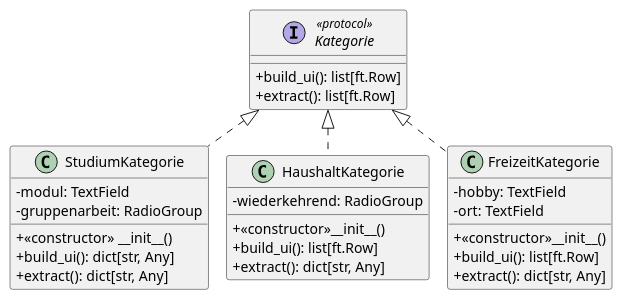
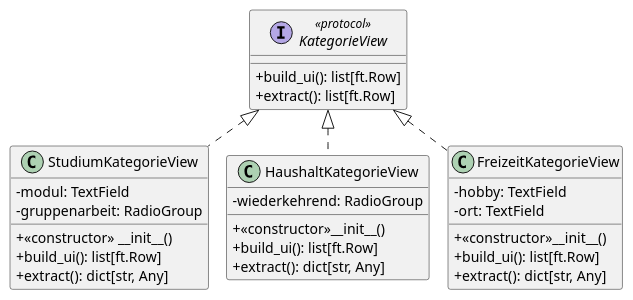
Before and after one commit to f0xon/Softwareprojekt-Studyplaner: the diagram in Software_Todo_umstrukturiert/view/polymorphie_kategorien.puml, drawn with PlantUML. The commit also changed 5 other files, not shown here.

```diff
--- a/Software_Todo_umstrukturiert/view/polymorphie_kategorien.puml
+++ b/Software_Todo_umstrukturiert/view/polymorphie_kategorien.puml
@@ -1,44 +1,42 @@
 @startuml
 !pragma layout smetana
 skinparam classAttributeIconSize 0
 
-interface Kategorie <<protocol>>{
+interface KategorieView <<protocol>>{
     +build_ui(): list[ft.Row]
     +extract(): list[ft.Row]
 }
 
-class StudiumKategorie
-class HaushaltKategorie
-class FreizeitKategorie
 
-Kategorie <|.. StudiumKategorie
-Kategorie <|.. HaushaltKategorie
-Kategorie <|.. FreizeitKategorie
-
-class StudiumKategorie {
+class StudiumKategorieView {
     -modul: TextField
     -gruppenarbeit: RadioGroup
 
     +<<constructor>> __init__()
-    +build_ui(): dict[str, Any]
+    +build_ui(): list[ft.Row]
     +extract(): dict[str, Any]
 }
 
-class HaushaltKategorie {
+class HaushaltKategorieView {
     -wiederkehrend: RadioGroup
 
     +<<constructor>>__init__()
     +build_ui(): list[ft.Row]
     +extract(): dict[str, Any]
 }
 
-class FreizeitKategorie {
+class FreizeitKategorieView {
     -hobby: TextField
     -ort: TextField
 
     +<<constructor>>__init__()
     +build_ui(): list[ft.Row]
     +extract(): dict[str, Any]
 }
 
+KategorieView <|.. StudiumKategorieView
+KategorieView <|.. HaushaltKategorieView
+KategorieView <|.. FreizeitKategorieView
+
+
 @enduml
```
